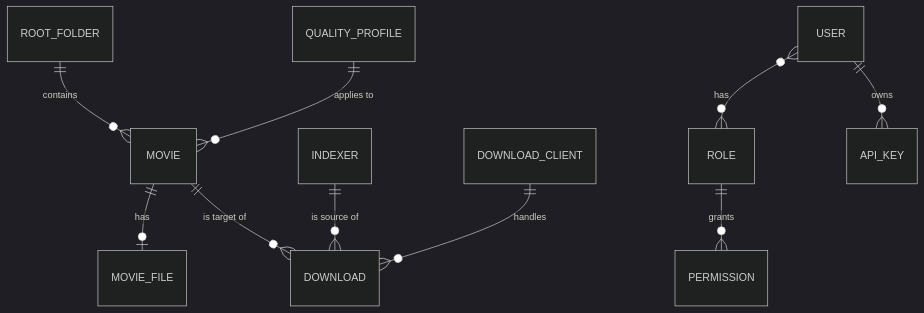
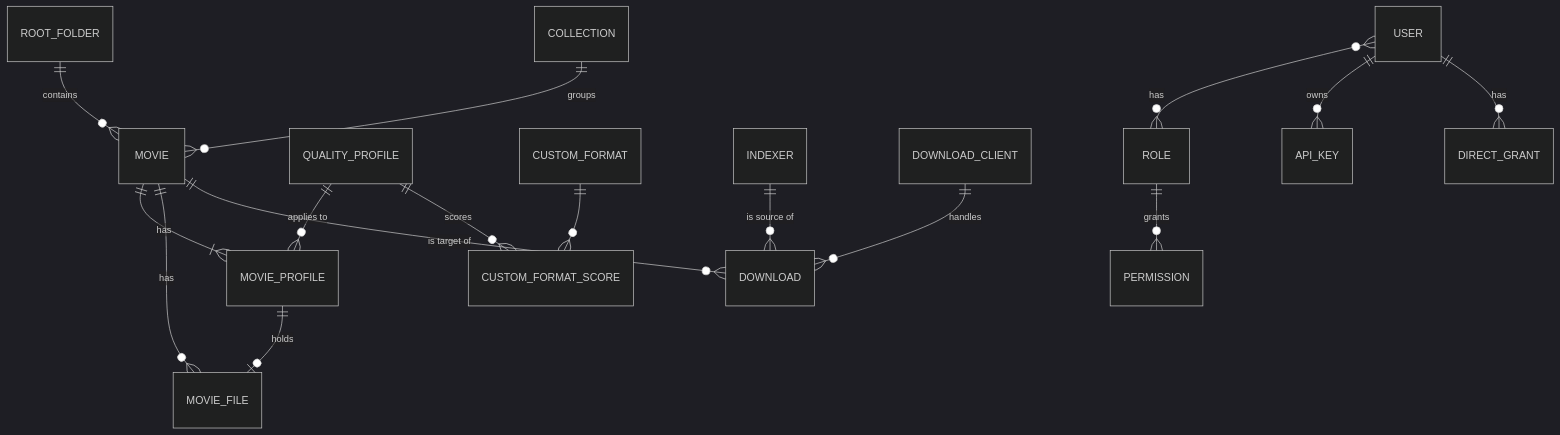
Before and after one commit to CodexisPhantom/unseen: the diagram in docs/03-domain-model.md, drawn with Mermaid (dark theme). The commit also changed other lines of this file and 18 other files, not shown here.

````diff
--- a/docs/03-domain-model.md
+++ b/docs/03-domain-model.md
@@ -42,12 +50,18 @@
 ```mermaid
 erDiagram
   ROOT_FOLDER ||--o{ MOVIE : contains
-  QUALITY_PROFILE ||--o{ MOVIE : "applies to"
-  MOVIE ||--o| MOVIE_FILE : has
+  COLLECTION ||--o{ MOVIE : groups
+  MOVIE ||--|{ MOVIE_PROFILE : has
+  QUALITY_PROFILE ||--o{ MOVIE_PROFILE : "applies to"
+  MOVIE_PROFILE ||--o| MOVIE_FILE : holds
+  MOVIE ||--o{ MOVIE_FILE : has
+  QUALITY_PROFILE ||--o{ CUSTOM_FORMAT_SCORE : scores
+  CUSTOM_FORMAT ||--o{ CUSTOM_FORMAT_SCORE : ""
   MOVIE ||--o{ DOWNLOAD : "is target of"
   INDEXER ||--o{ DOWNLOAD : "is source of"
   DOWNLOAD_CLIENT ||--o{ DOWNLOAD : handles
   USER }o--o{ ROLE : has
   ROLE ||--o{ PERMISSION : grants
   USER ||--o{ API_KEY : owns
+  USER ||--o{ DIRECT_GRANT : has
 ```
````
